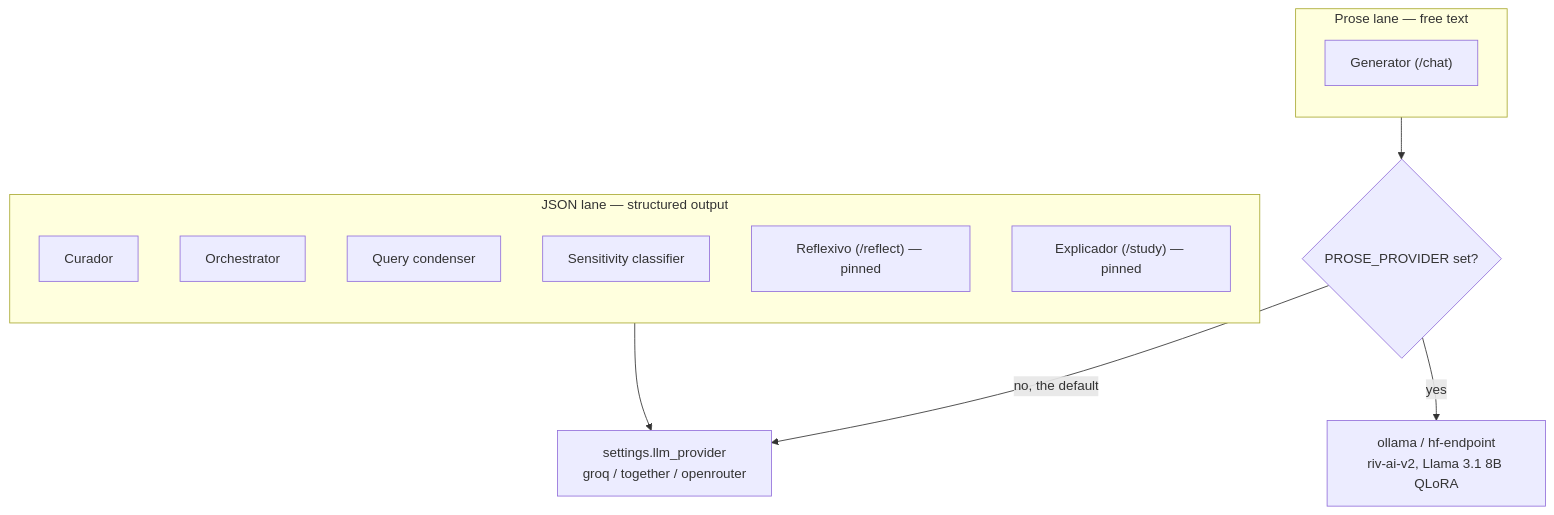
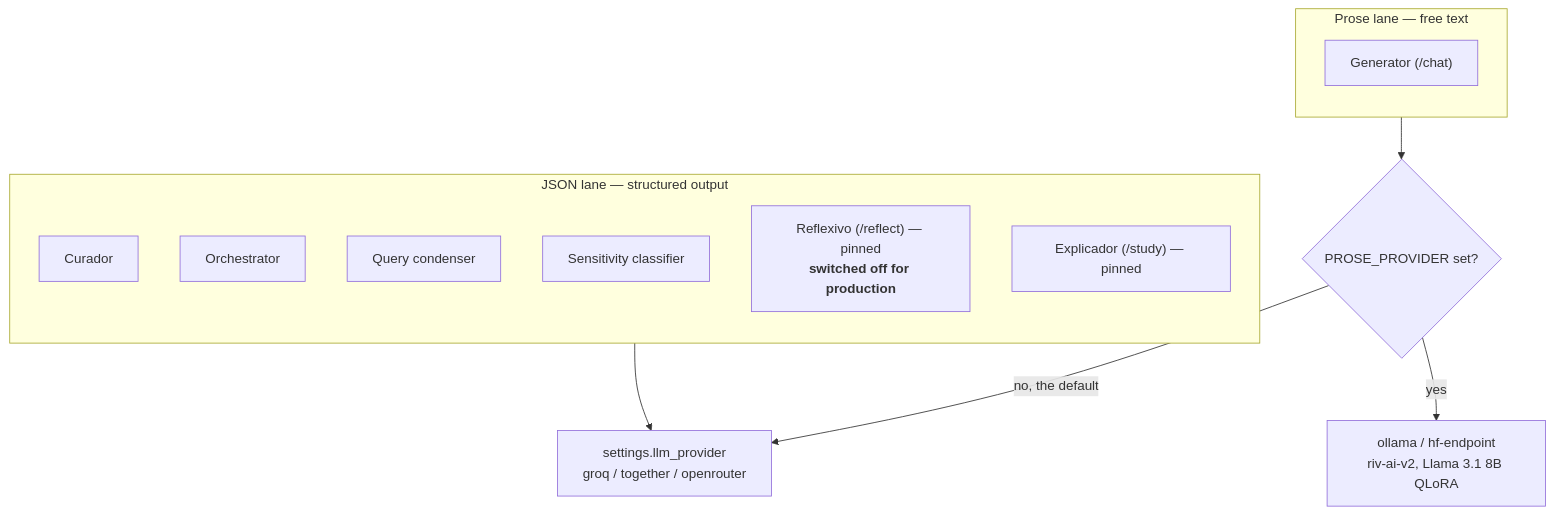
Before and after one commit to marycamila184/kardec-study-assistant: the second of 6 diagrams in docs/architecture.md, drawn with Mermaid. The commit also changed other lines of this file and 7 other files, not shown here.

````diff
--- a/docs/architecture.md
+++ b/docs/architecture.md
@@ -64,20 +64,20 @@
 ```mermaid
 flowchart TD
     subgraph JSON["JSON lane — structured output"]
         direction TB
         CUR[Curador]
         ORC[Orchestrator]
         CON[Query condenser]
         SEN[Sensitivity classifier]
-        REF["Reflexivo (/reflect) — pinned"]
+        REF["Reflexivo (/reflect) — pinned<br/><b>switched off for production</b>"]
         EXP["Explicador (/study) — pinned"]
     end
     subgraph PROSE["Prose lane — free text"]
         direction TB
         GEN["Generator (/chat)"]
     end
     JSON --> P1["settings.llm_provider<br/>groq / together / openrouter"]
     PROSE --> SW{"PROSE_PROVIDER set?"}
     SW -->|no, the default| P1
     SW -->|yes| P2["ollama / hf-endpoint<br/>riv-ai-v2, Llama 3.1 8B QLoRA"]
 ```
````
